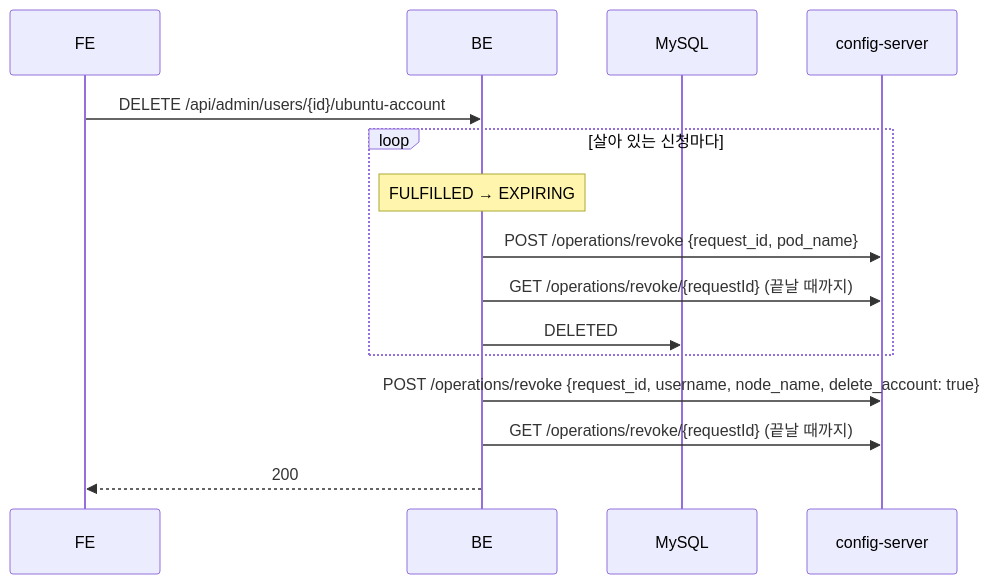
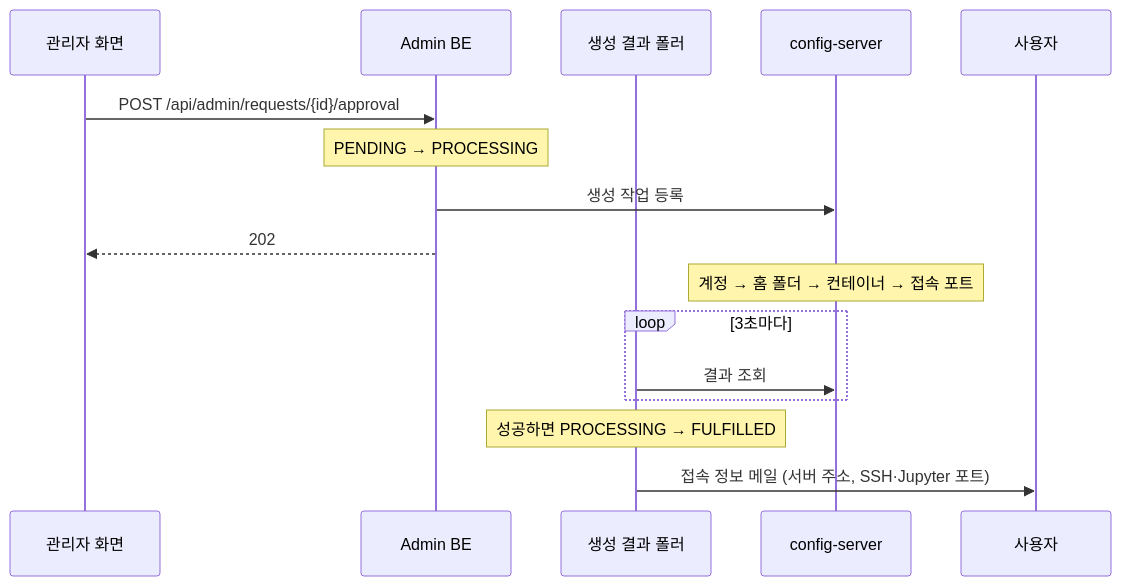
One commit to CSID-DGU/admin_wiki changed the fourth of 5 diagrams in md/backend/시스템-아키텍처.md. Above: the diagram before and after it, drawn with Mermaid. The commit also changed other lines of this file and 11 other files, not shown here.

````diff
--- a/md/backend/시스템-아키텍처.md
+++ b/md/backend/시스템-아키텍처.md
@@ -207,18 +129,19 @@
 ```mermaid
 sequenceDiagram
-    participant FE as FE
-    participant BE as BE
-    participant MySQL as MySQL
-    participant Infra as config-server
+    participant FE as 관리자 화면
+    participant BE as Admin BE
+    participant P as 생성 결과 폴러
+    participant CS as config-server
+    participant U as 사용자
 
-    FE->>BE: DELETE /api/admin/users/{id}/ubuntu-account
-    loop 살아 있는 신청마다
-        Note over BE: FULFILLED → EXPIRING
-        BE->>Infra: POST /operations/revoke {request_id, pod_name}
-        BE->>Infra: GET /operations/revoke/{requestId} (끝날 때까지)
-        BE->>MySQL: DELETED
+    FE->>BE: POST /api/admin/requests/{id}/approval
+    Note over BE: PENDING → PROCESSING
+    BE->>CS: 생성 작업 등록
+    BE-->>FE: 202
+    Note over CS: 계정 → 홈 폴더 → 컨테이너 → 접속 포트
+    loop 3초마다
+        P->>CS: 결과 조회
     end
-    BE->>Infra: POST /operations/revoke {request_id, username, node_name, delete_account: true}
-    BE->>Infra: GET /operations/revoke/{requestId} (끝날 때까지)
-    BE-->>FE: 200
+    Note over P: 성공하면 PROCESSING → FULFILLED
+    P->>U: 접속 정보 메일 (서버 주소, SSH·Jupyter 포트)
 ```
````
